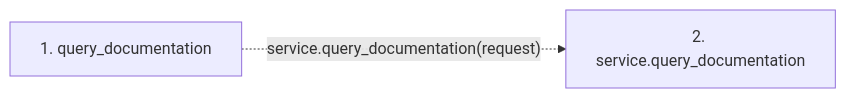
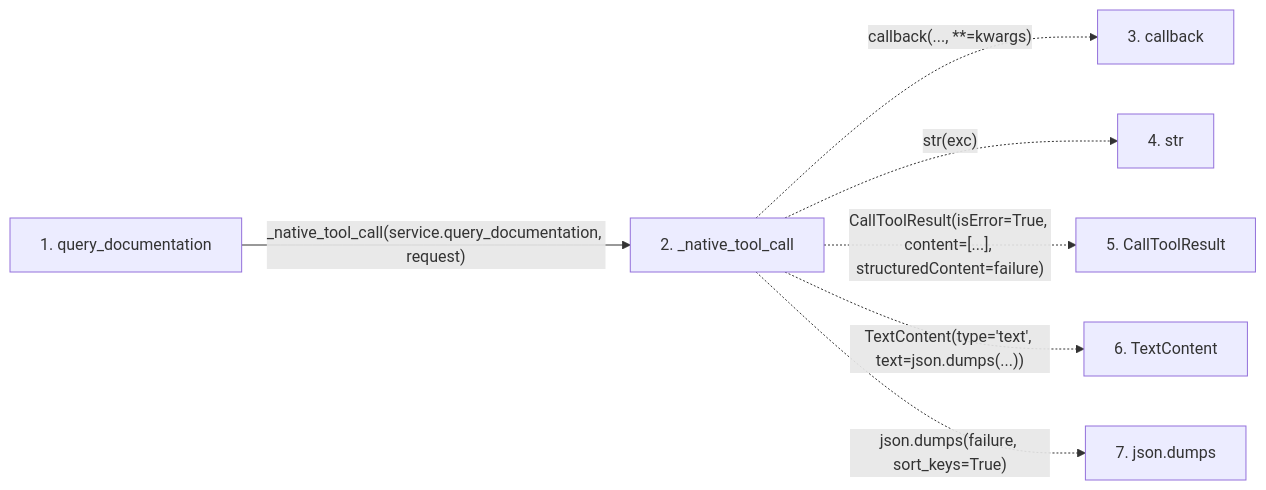
The second of 2 diagrams in docs/llm_wiki/flows/mcp-query_documentation.md (Denissvgn/python-wiki-llm), drawn with Mermaid before and after one commit. The commit also changed other lines of this file and 398 other files, not shown here.

````diff
--- a/docs/llm_wiki/flows/mcp-query_documentation.md
+++ b/docs/llm_wiki/flows/mcp-query_documentation.md
@@ -20,7 +30,18 @@
 ```mermaid
 flowchart LR
     s1["1. query_documentation"]
-    s2["2. service.query_documentation"]
-    s1 -. "service.query_documentation(request)" .-> s2
+    s2["2. _native_tool_call"]
+    s3["3. callback"]
+    s4["4. str"]
+    s5["5. CallToolResult"]
+    s6["6. TextContent"]
+    s7["7. json.dumps"]
+    s1 -->|"_native_tool_call(service.query_documentation, request)"| s2
+    s2 -. "callback(..., **=kwargs)" .-> s3
+    s2 -. "str(exc)" .-> s4
+    s2 -. "CallToolResult(isError=True, content=[...], structuredContent=failure)" .-> s5
+    s2 -. "TextContent(type='text', text=json.dumps(...))" .-> s6
+    s2 -. "json.dumps(failure, sort_keys=True)" .-> s7
     click s1 "../modules/mcp_server.md"
+    click s2 "../modules/mcp_server.md"
 ```
````
